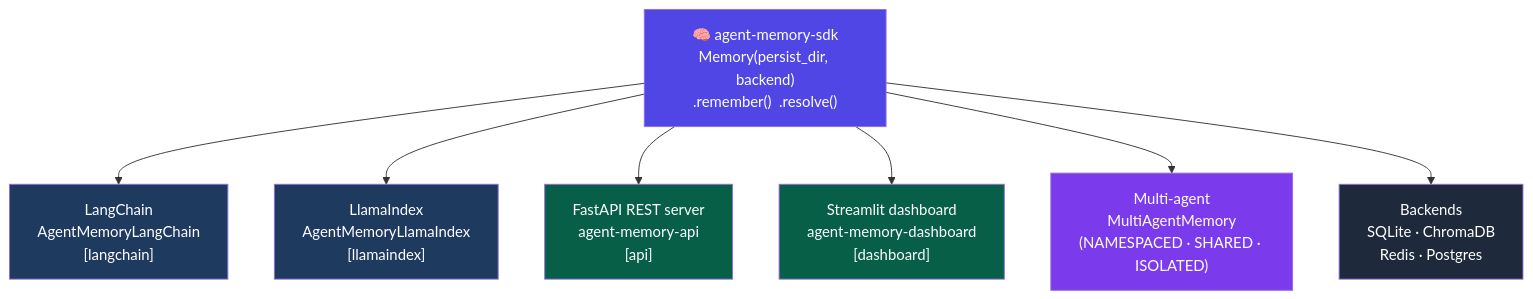
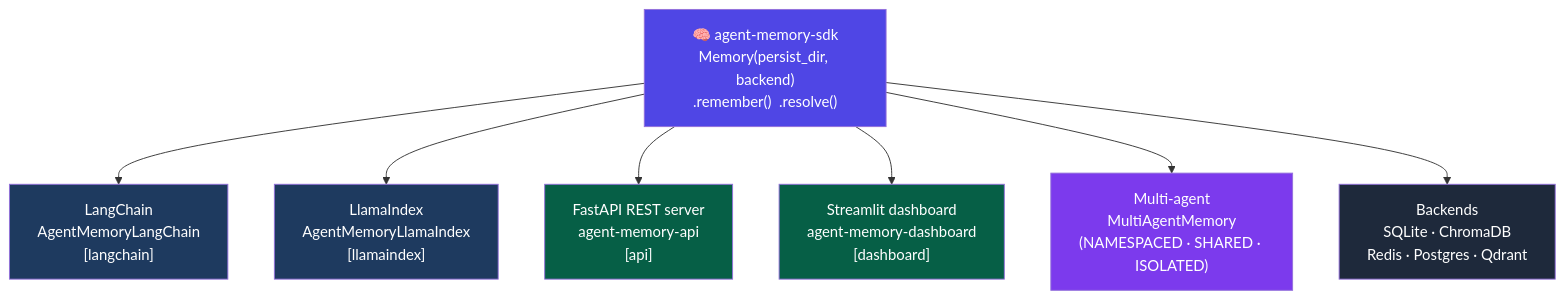
One commit to RemanenetSpy/agent-memory-sdk changed the diagram in examples/README.md. Above: the diagram before and after it, drawn with Mermaid. The commit also changed other lines of this file and 34 other files, not shown here.

First line of the commit message:
Add vector search tests and configuration for Redis and Qdrant

````diff
--- a/examples/README.md
+++ b/examples/README.md
@@ -6,19 +6,19 @@
 ```mermaid
 flowchart TD
     M["🧠 agent-memory-sdk\nMemory(persist_dir, backend)\n.remember()  .resolve()"]
 
     M --> LC["LangChain\nAgentMemoryLangChain\n[langchain]"]
     M --> LI["LlamaIndex\nAgentMemoryLlamaIndex\n[llamaindex]"]
     M --> API["FastAPI REST server\nagent-memory-api\n[api]"]
     M --> DASH["Streamlit dashboard\nagent-memory-dashboard\n[dashboard]"]
     M --> MA["Multi-agent\nMultiAgentMemory\n(NAMESPACED · SHARED · ISOLATED)"]
-    M --> BE["Backends\nSQLite · ChromaDB\nRedis · Postgres"]
+    M --> BE["Backends\nSQLite · ChromaDB\nRedis · Postgres · Qdrant"]
 
     style M fill:#4f46e5,color:#fff
     style LC fill:#1e3a5f,color:#fff
     style LI fill:#1e3a5f,color:#fff
     style API fill:#065f46,color:#fff
     style DASH fill:#065f46,color:#fff
     style MA fill:#7c3aed,color:#fff
     style BE fill:#1e293b,color:#fff
 ```
````
